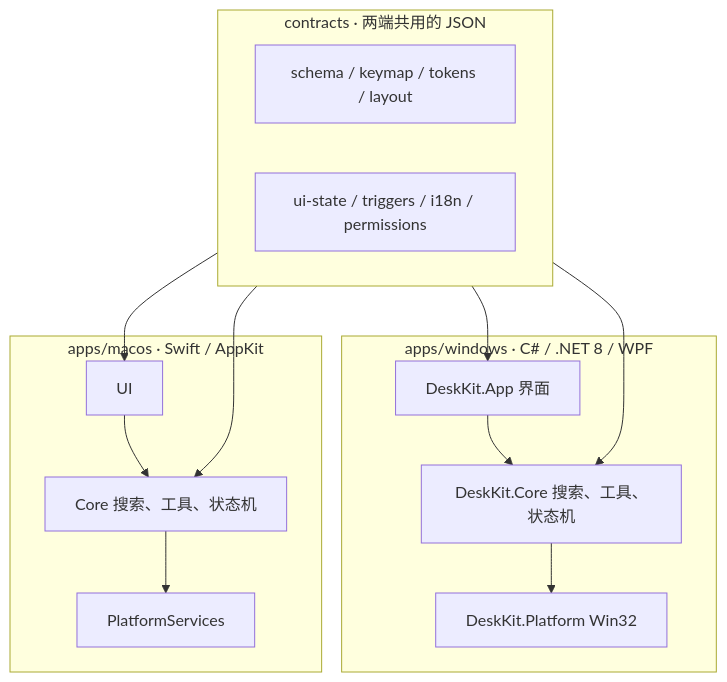
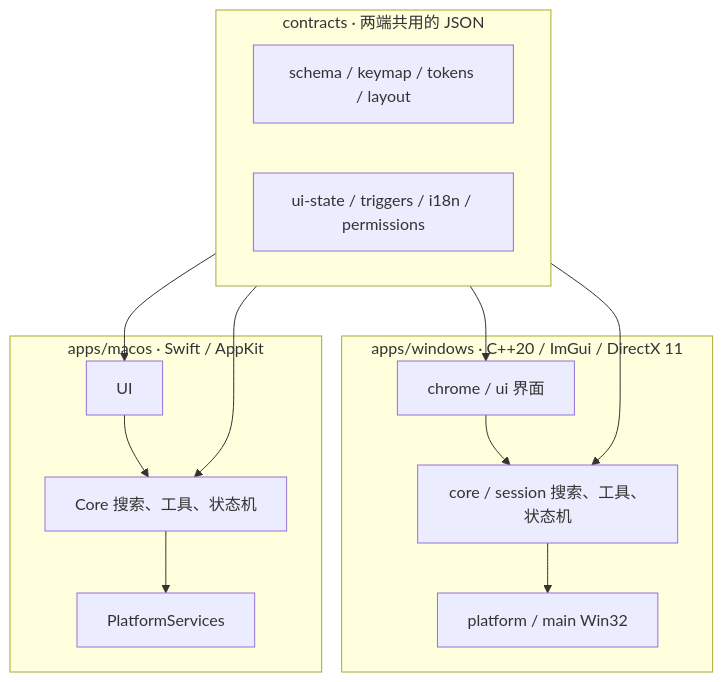
One commit to chengzongxin/deskkit changed the first of 2 diagrams in docs/10-Current-Architecture.md. Above: the diagram before and after it, drawn with Mermaid. The commit also changed other lines of this file and 169 other files, not shown here.

Commit message:
删掉 C# 工程，Windows 只保留 apps/windows 这一份 C++/ImGui 程序。

````diff
--- a/docs/10-Current-Architecture.md
+++ b/docs/10-Current-Architecture.md
@@ -113,25 +113,25 @@
 ```mermaid
 flowchart TB
   subgraph CONTRACTS["contracts · 两端共用的 JSON"]
     C1["schema / keymap / tokens / layout"]
     C2["ui-state / triggers / i18n / permissions"]
   end
-  subgraph WIN["apps/windows · C# / .NET 8 / WPF"]
-    WA["DeskKit.App 界面"]
-    WC["DeskKit.Core 搜索、工具、状态机"]
-    WP["DeskKit.Platform Win32"]
+  subgraph WIN["apps/windows · C++20 / ImGui / DirectX 11"]
+    WA["chrome / ui 界面"]
+    WC["core / session 搜索、工具、状态机"]
+    WP["platform / main Win32"]
   end
   subgraph MAC["apps/macos · Swift / AppKit"]
     MA["UI"]
     MC["Core 搜索、工具、状态机"]
     MP["PlatformServices"]
   end
   CONTRACTS --> WA
   CONTRACTS --> WC
   CONTRACTS --> MA
   CONTRACTS --> MC
   WA --> WC
   WC --> WP
   MA --> MC
   MC --> MP
 ```
````
